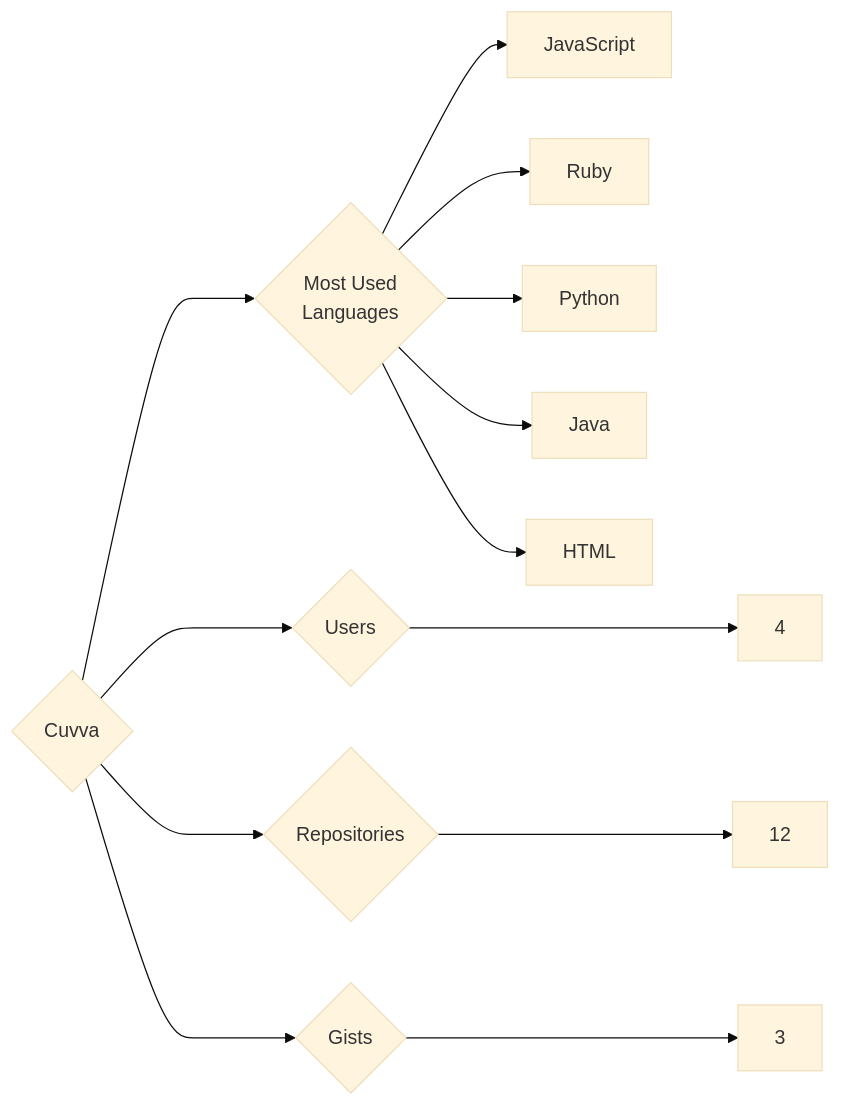
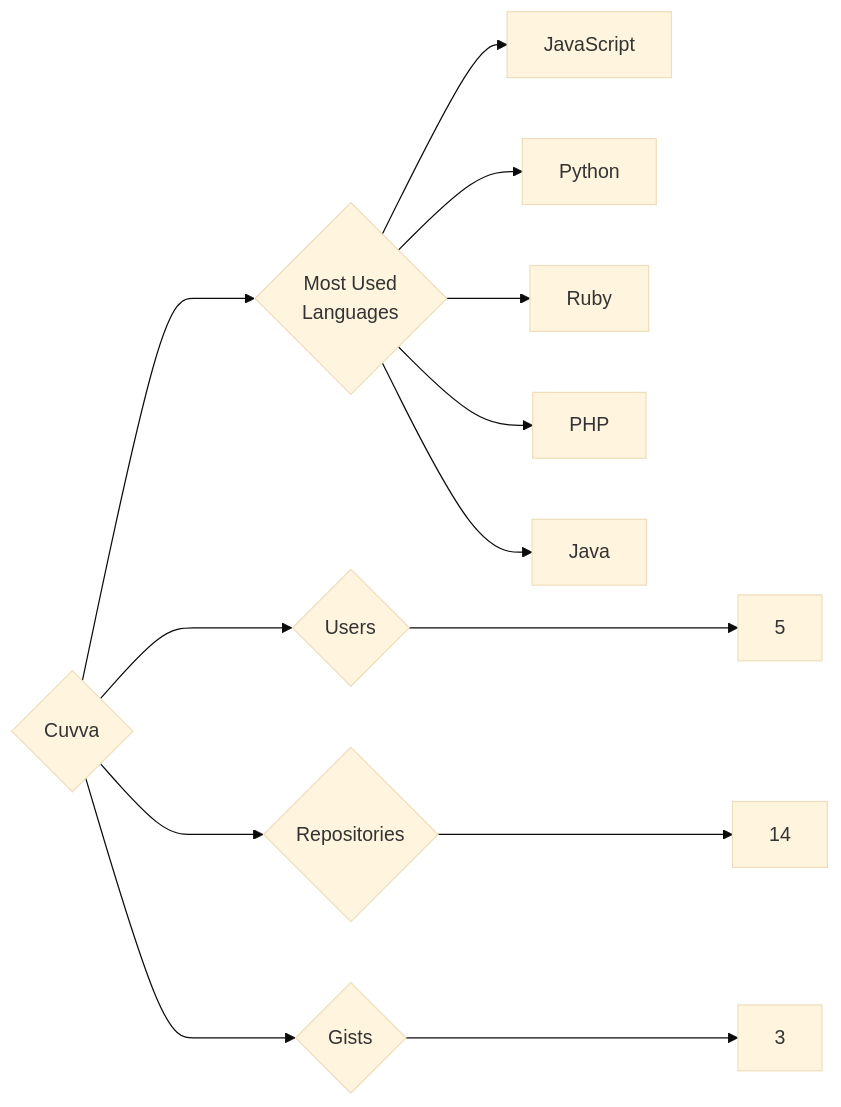
One commit to trickest/insiders changed the diagram in targets/Cuvva/README.md. Above: the diagram before and after it, drawn with Mermaid (base theme). The commit also changed 1120 other files, not shown here.

````diff
--- a/targets/Cuvva/README.md
+++ b/targets/Cuvva/README.md
@@ -3,13 +3,13 @@
 ```mermaid
 graph LR
 COMPANY_NAME{Cuvva}
-COMPANY_NAME ---> U{Users} ---> UN[4]
-COMPANY_NAME ---> R{Repositories} ---> RN[12]
+COMPANY_NAME ---> U{Users} ---> UN[5]
+COMPANY_NAME ---> R{Repositories} ---> RN[14]
 COMPANY_NAME ---> G{Gists} ---> GN[3]
 COMPANY_NAME ---> ML{Most Used<br>Languages}
 ML --> JavaScript[JavaScript]
+ML --> Python[Python]
 ML --> Ruby[Ruby]
-ML --> Python[Python]
+ML --> PHP[PHP]
 ML --> Java[Java]
-ML --> HTML[HTML]
 ```
````
